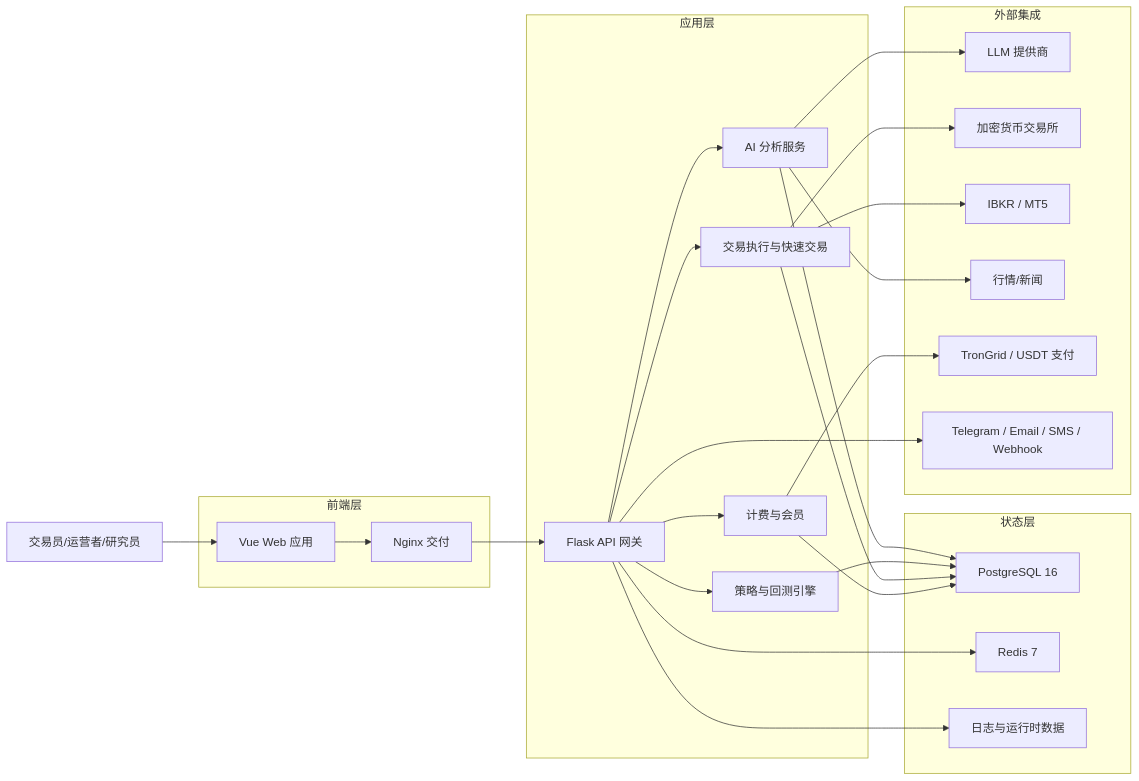
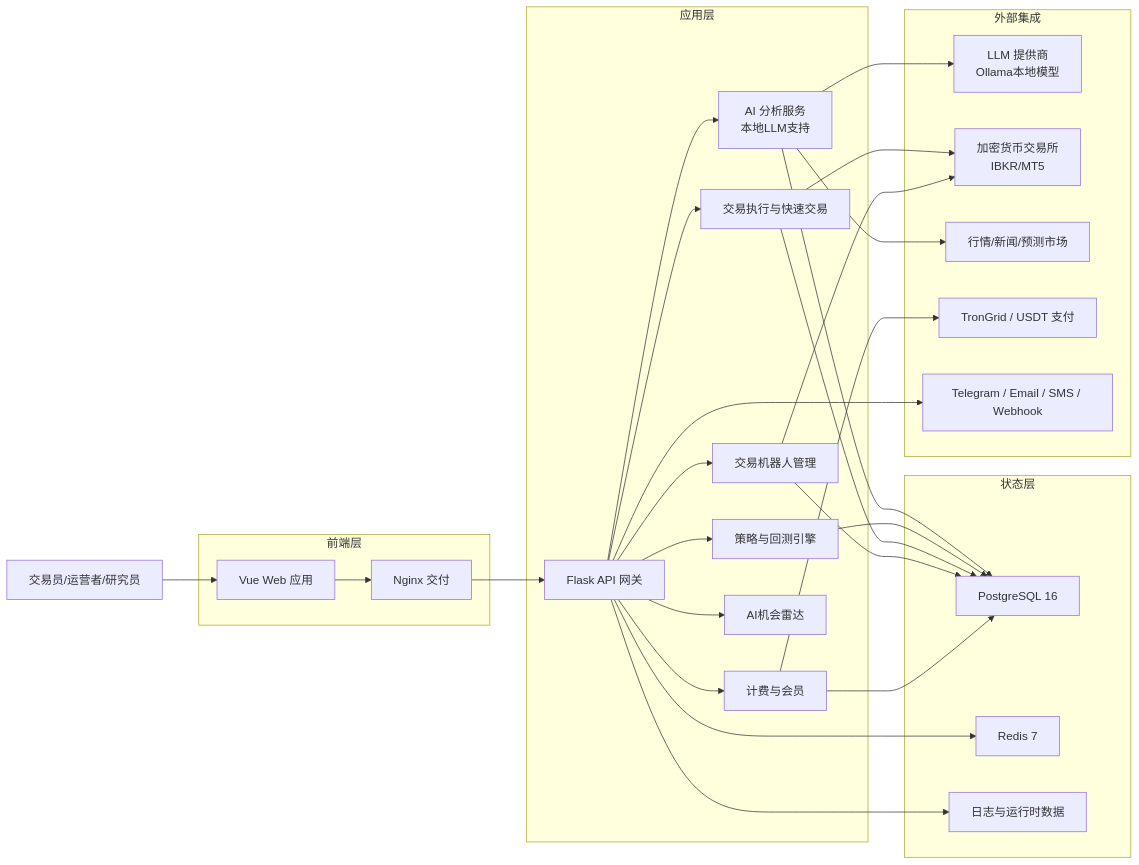
Before and after one commit to joezxh/QuantDinger: the second of 8 diagrams in .qoder/repowiki/zh/content/项目概述/产品介绍.md, drawn with Mermaid. The commit also changed other lines of this file and 39 other files, not shown here.

````diff
--- a/.qoder/repowiki/zh/content/项目概述/产品介绍.md
+++ b/.qoder/repowiki/zh/content/项目概述/产品介绍.md
@@ -117,45 +120,49 @@
 ```mermaid
 flowchart LR
 U["交易员/运营者/研究员"]
 subgraph "前端层"
 WEB["Vue Web 应用"]
 NG["Nginx 交付"]
 end
 subgraph "应用层"
 API["Flask API 网关"]
-AI["AI 分析服务"]
+AI["AI 分析服务<br/>本地LLM支持"]
 STRAT["策略与回测引擎"]
 EXEC["交易执行与快速交易"]
 BILL["计费与会员"]
+BOT["交易机器人管理"]
+RADAR["AI机会雷达"]
 end
 subgraph "状态层"
 PG["PostgreSQL 16"]
 REDIS["Redis 7"]
 FILES["日志与运行时数据"]
 end
 subgraph "外部集成"
-LLM["LLM 提供商"]
-EXCH["加密货币交易所"]
-BROKER["IBKR / MT5"]
-MARKET["行情/新闻"]
+LLM["LLM 提供商<br/>Ollama本地模型"]
+EXCH["加密货币交易所<br/>IBKR/MT5"]
+MARKET["行情/新闻/预测市场"]
 PAY["TronGrid / USDT 支付"]
 NOTIFY["Telegram / Email / SMS / Webhook"]
 end
 U --> WEB --> NG --> API
 API --> AI
 API --> STRAT
 API --> EXEC
 API --> BILL
+API --> BOT
+API --> RADAR
 AI --> PG
 STRAT --> PG
 EXEC --> PG
+BOT --> PG
 BILL --> PG
 API --> REDIS
 API --> FILES
 AI --> LLM
 AI --> MARKET
 EXEC --> EXCH
-EXEC --> BROKER
+BOT --> EXCH
 BILL --> PAY
 API --> NOTIFY
 ```
````
